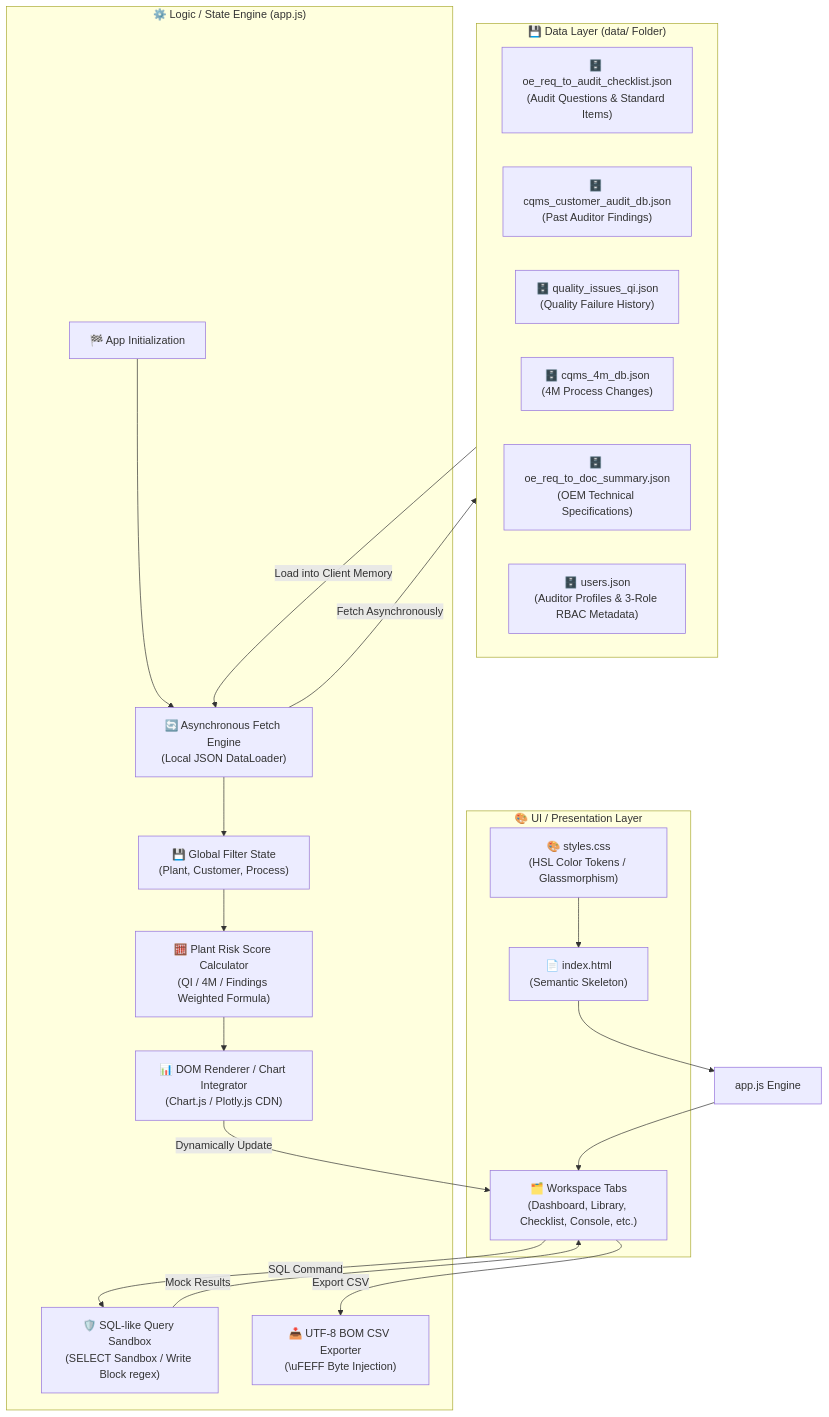
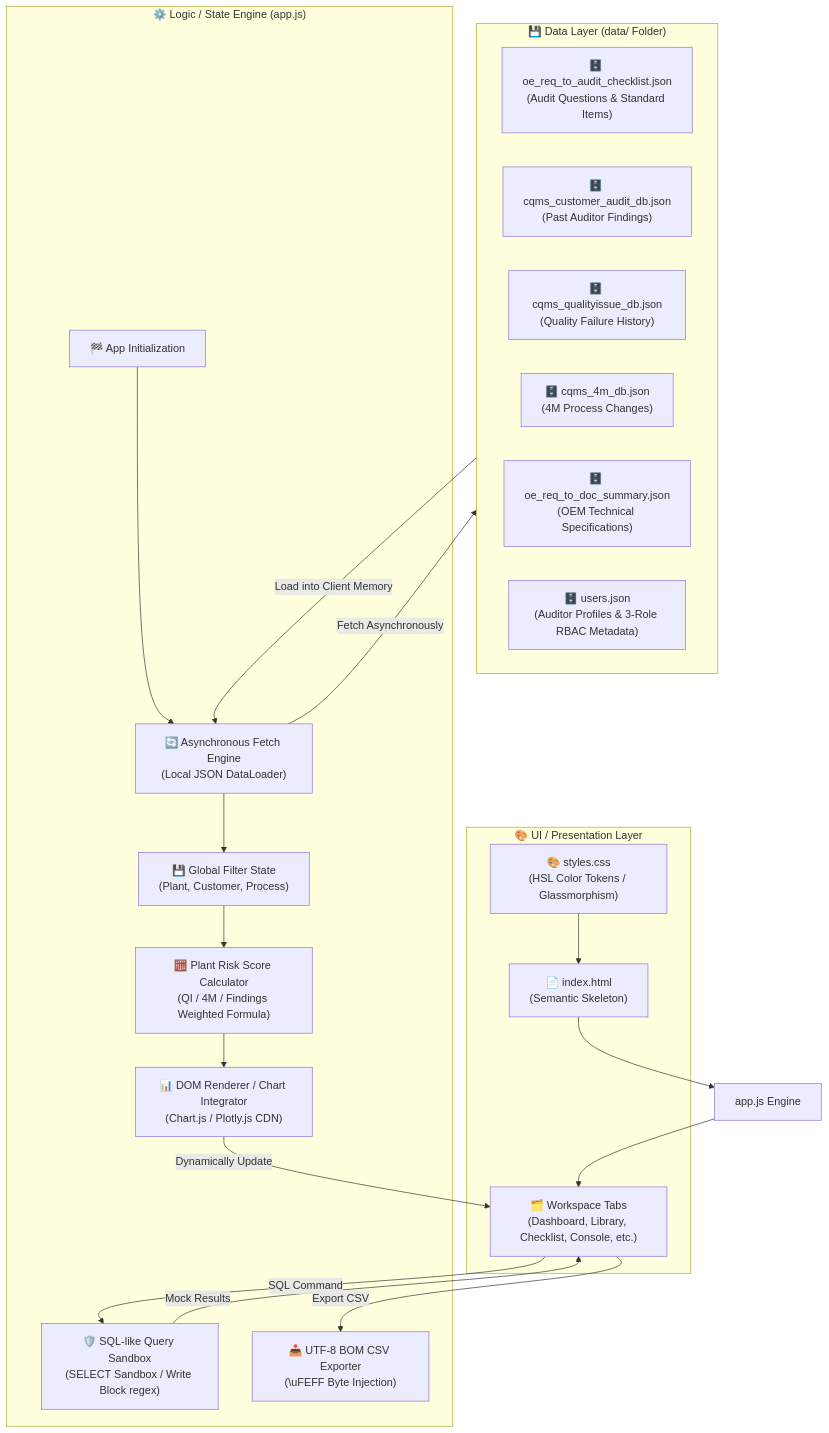
One commit to jumasi-34/RiskHunter changed the diagram in context/12_project_structure_and_coding_rules.md. Above: the diagram before and after it, drawn with Mermaid. The commit also changed other lines of this file and 7 other files, not shown here.

Commit message:
refactor: rename quality_issues_qi.json to cqms_qualityissue_db.json and update all related references and documents

````diff
--- a/context/12_project_structure_and_coding_rules.md
+++ b/context/12_project_structure_and_coding_rules.md
@@ -11,48 +11,48 @@
 ```mermaid
 graph TD
     subgraph UI_Layer ["🎨 UI / Presentation Layer"]
         HTML["📄 index.html<br>(Semantic Skeleton)"]
         CSS["🎨 styles.css<br>(HSL Color Tokens / Glassmorphism)"]
         Tab["🗂️ Workspace Tabs<br>(Dashboard, Library, Checklist, Console, etc.)"]
     end
 
     subgraph Logic_Layer ["⚙️ Logic / State Engine (app.js)"]
         Init["🏁 App Initialization"]
         FetchEngine["🔄 Asynchronous Fetch Engine<br>(Local JSON DataLoader)"]
         State["💾 Global Filter State<br>(Plant, Customer, Process)"]
         RiskCalc["🧮 Plant Risk Score Calculator<br>(QI / 4M / Findings Weighted Formula)"]
         UIRender["📊 DOM Renderer / Chart Integrator<br>(Chart.js / Plotly.js CDN)"]
         SQLSandbox["🛡️ SQL-like Query Sandbox<br>(SELECT Sandbox / Write Block regex)"]
         CSVExport["📥 UTF-8 BOM CSV Exporter<br>(\uFEFF Byte Injection)"]
     end
 
     subgraph Data_Layer ["💾 Data Layer (data/ Folder)"]
         JSON_Checklist["🗄️ oe_req_to_audit_checklist.json<br>(Audit Questions & Standard Items)"]
         JSON_Findings["🗄️ cqms_customer_audit_db.json<br>(Past Auditor Findings)"]
-        JSON_QI["🗄️ quality_issues_qi.json<br>(Quality Failure History)"]
+        JSON_QI["🗄️ cqms_qualityissue_db.json<br>(Quality Failure History)"]
         JSON_4M["🗄️ cqms_4m_db.json<br>(4M Process Changes)"]
         JSON_Doc["🗄️ oe_req_to_doc_summary.json<br>(OEM Technical Specifications)"]
         JSON_Users["🗄️ users.json<br>(Auditor Profiles & 3-Role RBAC Metadata)"]
     end
 
     %% UI to Logic
     HTML --> AppJS["app.js Engine"]
     CSS --> HTML
     AppJS --> Tab
     
     %% Initialization flow
     Init --> FetchEngine
     FetchEngine -->|Fetch Asynchronously| Data_Layer
     Data_Layer -->|Load into Client Memory| FetchEngine
     FetchEngine --> State
     
     %% Logic operations
     State --> RiskCalc
     RiskCalc --> UIRender
     UIRender -->|Dynamically Update| Tab
     
     %% Security & Exports
     Tab -->|SQL Command| SQLSandbox
     SQLSandbox -->|Mock Results| Tab
     Tab -->|Export CSV| CSVExport
 ```
````
